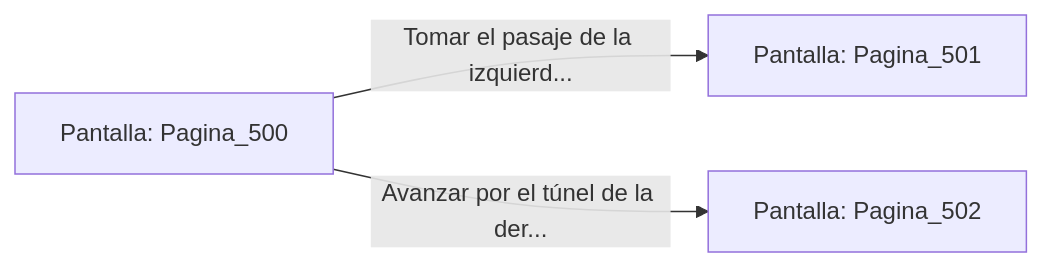
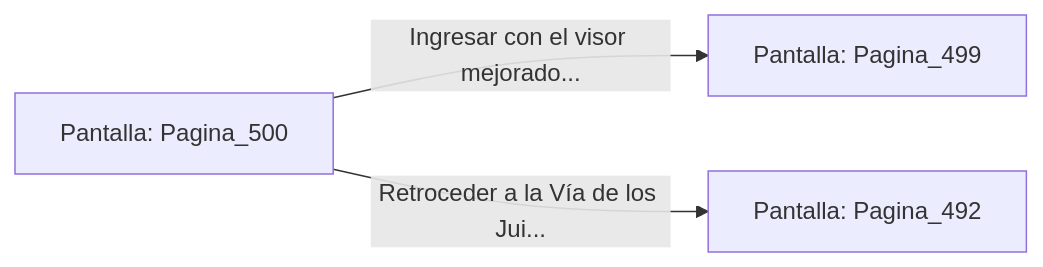
One commit to metsuke/mpl changed the diagram in sample/eligejuego-vault/Pantalla_Pagina_500.md. Above: the diagram before and after it, drawn with Mermaid. The commit also changed other lines of this file and 635 other files, not shown here.

First line of the commit message:
fix: añadir Pagina_1 como pantalla inicial en capitulo_01.mpl

````diff
--- a/sample/eligejuego-vault/Pantalla_Pagina_500.md
+++ b/sample/eligejuego-vault/Pantalla_Pagina_500.md
@@ -20,6 +22,6 @@
 ```mermaid
 graph LR
     P_Pagina_500["Pantalla: Pagina_500"]
-    P_Pagina_500 -->|"Tomar el pasaje de la izquierd..."| P_Pagina_501["Pantalla: Pagina_501"]
-    P_Pagina_500 -->|"Avanzar por el túnel de la der..."| P_Pagina_502["Pantalla: Pagina_502"]
+    P_Pagina_500 -->|"Ingresar con el visor mejorado..."| P_Pagina_499["Pantalla: Pagina_499"]
+    P_Pagina_500 -->|"Retroceder a la Vía de los Jui..."| P_Pagina_492["Pantalla: Pagina_492"]
 ```
````
